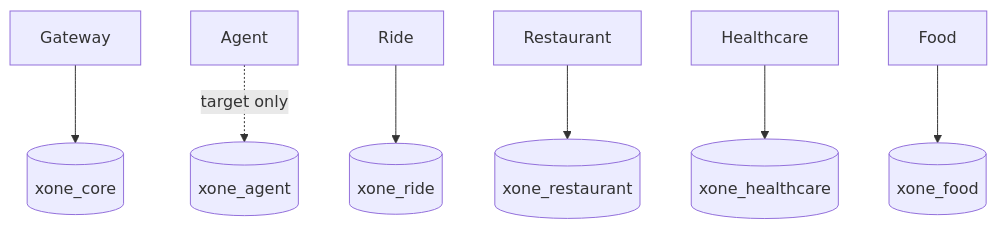
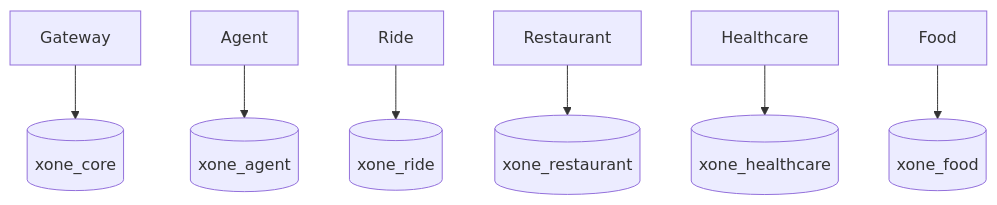
Before and after one commit to codecuatai/P-018: the diagram in docs/architecture/data-architecture.md, drawn with Mermaid. The commit also changed other lines of this file and 90 other files, not shown here.

````diff
--- a/docs/architecture/data-architecture.md
+++ b/docs/architecture/data-architecture.md
@@ -5,9 +5,9 @@
 ```mermaid
 flowchart TB
   Gateway --> Core[(xone_core)]
-  Agent -. target only .-> AgentDb[(xone_agent)]
+  Agent --> AgentDb[(xone_agent)]
   Ride --> RideDb[(xone_ride)]
   Restaurant --> RestaurantDb[(xone_restaurant)]
   Healthcare --> HealthcareDb[(xone_healthcare)]
   Food --> FoodDb[(xone_food)]
 ```
````
